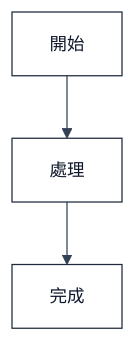
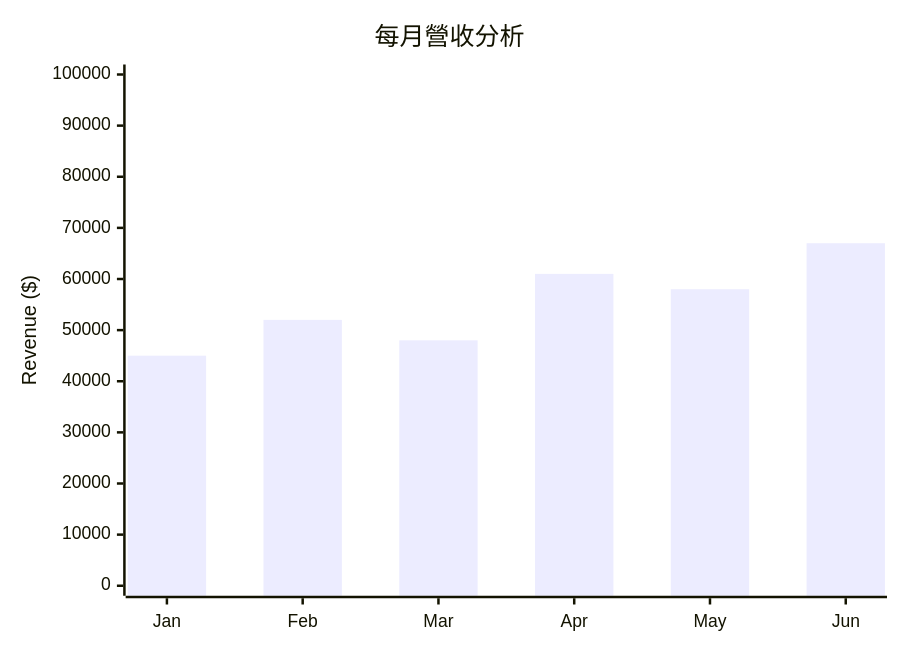
The sixth of 8 diagrams in skills/mermaid/SKILL.md (ChiahungTai/ai-rules), drawn with Mermaid before and after one commit. The commit also changed other lines of this file and 4 other files, not shown here.

First line of the commit message:
refactor(mermaid): 採用實用主義配置，簡化 Mermaid Skill 架構

````diff
--- a/skills/mermaid/SKILL.md
+++ b/skills/mermaid/SKILL.md
@@ -337,20 +165,13 @@
 ```mermaid
 %%{init: {
-  'theme': 'base',
+  'theme': 'default',
   'themeVariables': {
-    'background': 'transparent',
-    'lineColor': '#334155',
-    'textColor': '#0f172a',
-    'primaryColor': '#ffffff',
-    'secondaryColor': '#ffffff',
-    'tertiaryColor': '#ffffff',
-    'primaryTextColor': '#0f172a',
-    'primaryBorderColor': '#1e293b',
-    'fontSize': '14px',
-    'fontFamily': 'system-ui, -apple-system, sans-serif'
+    'lineColor': '#3b82f6'
   }
 }}%%
-graph TD
-    A[開始] --> B[處理]
-    B --> C[完成]
+xychart-beta
+    title "每月營收分析"
+    x-axis [Jan, Feb, Mar, Apr, May, Jun]
+    y-axis "Revenue ($)" 0 --> 100000
+    bar [45000, 52000, 48000, 61000, 58000, 67000]
 ```
````
